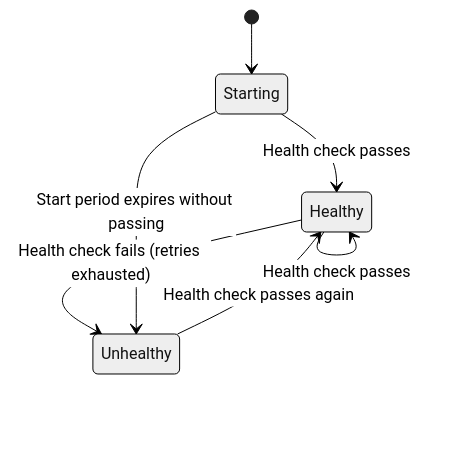
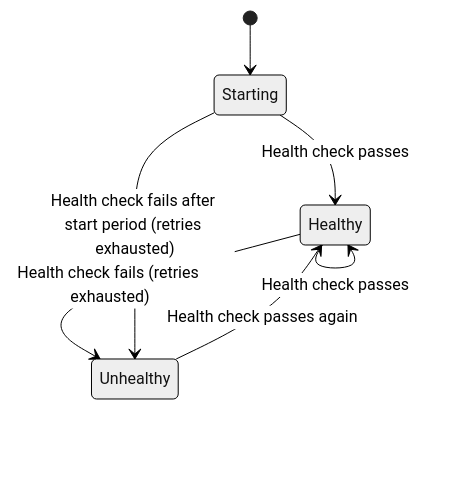
One commit to OneUptime/blog changed the diagram in posts/2026-02-21-ansible-docker-container-health-checks/README.md. Above: the diagram before and after it, drawn with Mermaid (neutral theme). The commit also changed other lines of this file and 2 other files, not shown here.

Commit message:
validate: 2026-02-21-ansible-docker-container-health-checks

````diff
--- a/posts/2026-02-21-ansible-docker-container-health-checks/README.md
+++ b/posts/2026-02-21-ansible-docker-container-health-checks/README.md
@@ -17,9 +17,9 @@
 ```mermaid
 stateDiagram-v2
     [*] --> Starting
     Starting --> Healthy: Health check passes
     Healthy --> Unhealthy: Health check fails (retries exhausted)
     Unhealthy --> Healthy: Health check passes again
     Healthy --> Healthy: Health check passes
-    Starting --> Unhealthy: Start period expires without passing
+    Starting --> Unhealthy: Health check fails after start period (retries exhausted)
 ```
````
